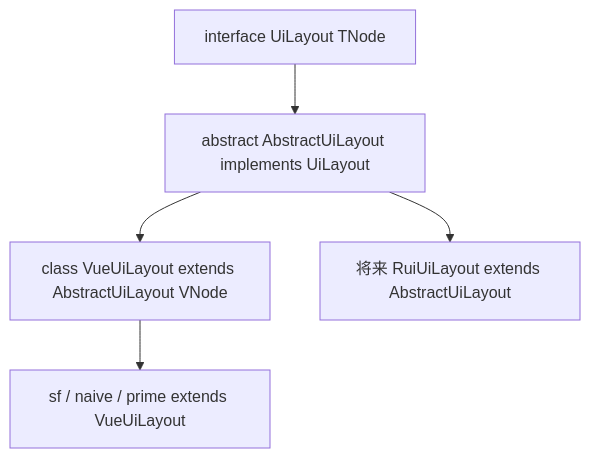
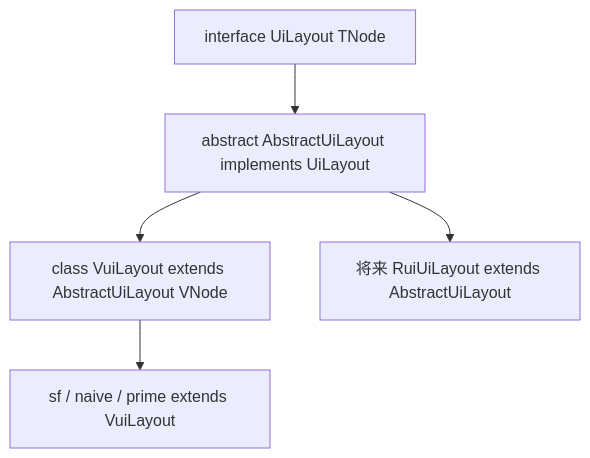
Before and after one commit to Roy7611/mmda-vue: the diagram in packages/vui/docs/layout.md, drawn with Mermaid. The commit also changed other lines of this file and 74 other files, not shown here.

````diff
--- a/packages/vui/docs/layout.md
+++ b/packages/vui/docs/layout.md
@@ -11,12 +11,12 @@
 ```mermaid
 flowchart TB
   iface["interface UiLayout TNode"]
   abs["abstract AbstractUiLayout implements UiLayout"]
-  vue["class VueUiLayout extends AbstractUiLayout VNode"]
-  skins["sf / naive / prime extends VueUiLayout"]
+  vue["class VuiLayout extends AbstractUiLayout VNode"]
+  skins["sf / naive / prime extends VuiLayout"]
   rui["将来 RuiUiLayout extends AbstractUiLayout"]
   iface --> abs
   abs --> vue
   abs --> rui
   vue --> skins
 ```
````
